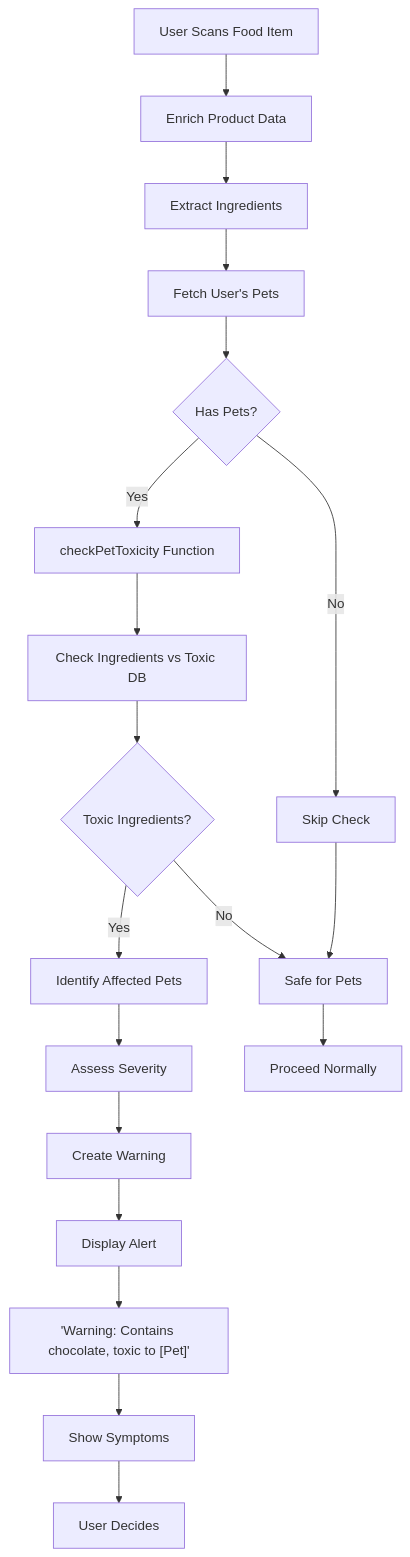
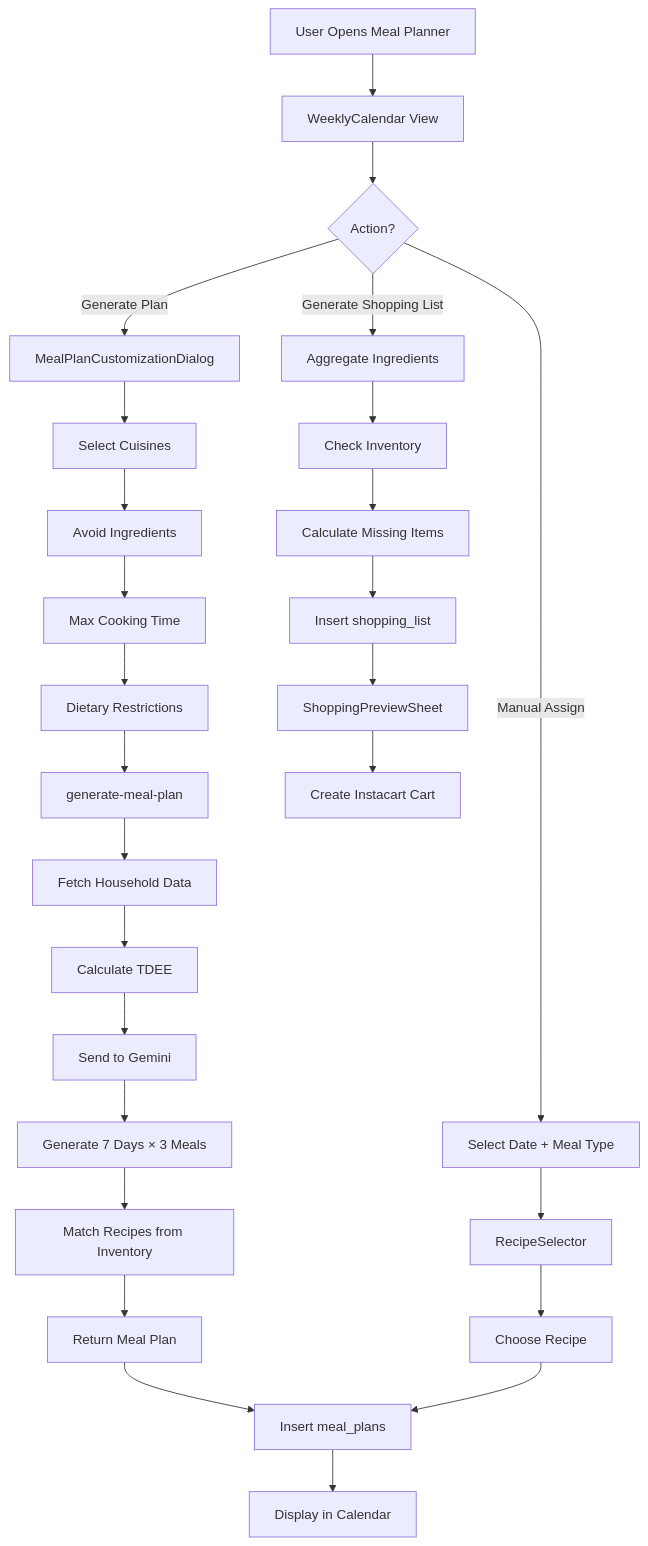
Diagram 11 of 14 in MASTER_DOCS.md (Viraj-FG/Techcentral), drawn with Mermaid before and after one commit. The commit also changed other lines of this file, not shown here.

````diff
--- a/MASTER_DOCS.md
+++ b/MASTER_DOCS.md
@@ -4818,23 +5248,33 @@
 ```mermaid
-graph TD
-    A[User Scans Food Item] --> B[Enrich Product Data]
-    B --> C[Extract Ingredients]
-    C --> D[Fetch User's Pets]
-    D --> E{Has Pets?}
-    E -->|No| F[Skip Check]
+flowchart TD
+    A[User Opens Meal Planner] --> B[WeeklyCalendar View]
+    B --> C{Action?}
     
-    E -->|Yes| G[checkPetToxicity Function]
-    G --> H[Check Ingredients vs Toxic DB]
-    H --> I{Toxic Ingredients?}
-    I -->|Yes| J[Identify Affected Pets]
-    J --> K[Assess Severity]
-    K --> L[Create Warning]
-    L --> M[Display Alert]
-    M --> N["'Warning: Contains chocolate, toxic to [Pet]'"]
-    N --> O[Show Symptoms]
-    O --> P[User Decides]
+    C -->|Generate Plan| D[MealPlanCustomizationDialog]
+    D --> E[Select Cuisines]
+    E --> F[Avoid Ingredients]
+    F --> G[Max Cooking Time]
+    G --> H[Dietary Restrictions]
+    H --> I[generate-meal-plan]
     
-    I -->|No| Q[Safe for Pets]
-    F --> Q
-    Q --> R[Proceed Normally]
+    I --> J[Fetch Household Data]
+    J --> K[Calculate TDEE]
+    K --> L[Send to Gemini]
+    L --> M[Generate 7 Days × 3 Meals]
+    M --> N[Match Recipes from Inventory]
+    N --> O[Return Meal Plan]
+    O --> P[Insert meal_plans]
+    P --> Q[Display in Calendar]
+    
+    C -->|Manual Assign| R[Select Date + Meal Type]
+    R --> S[RecipeSelector]
+    S --> T[Choose Recipe]
+    T --> P
+    
+    C -->|Generate Shopping List| U[Aggregate Ingredients]
+    U --> V[Check Inventory]
+    V --> W[Calculate Missing Items]
+    W --> X[Insert shopping_list]
+    X --> Y[ShoppingPreviewSheet]
+    Y --> Z[Create Instacart Cart]
 ```
````
